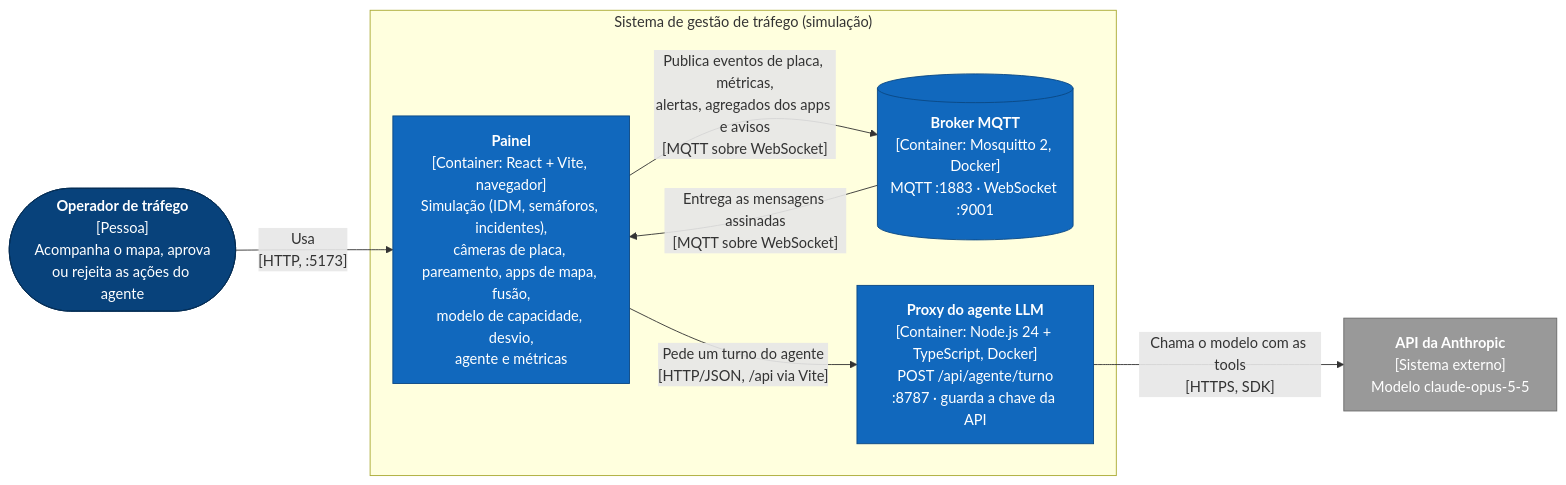
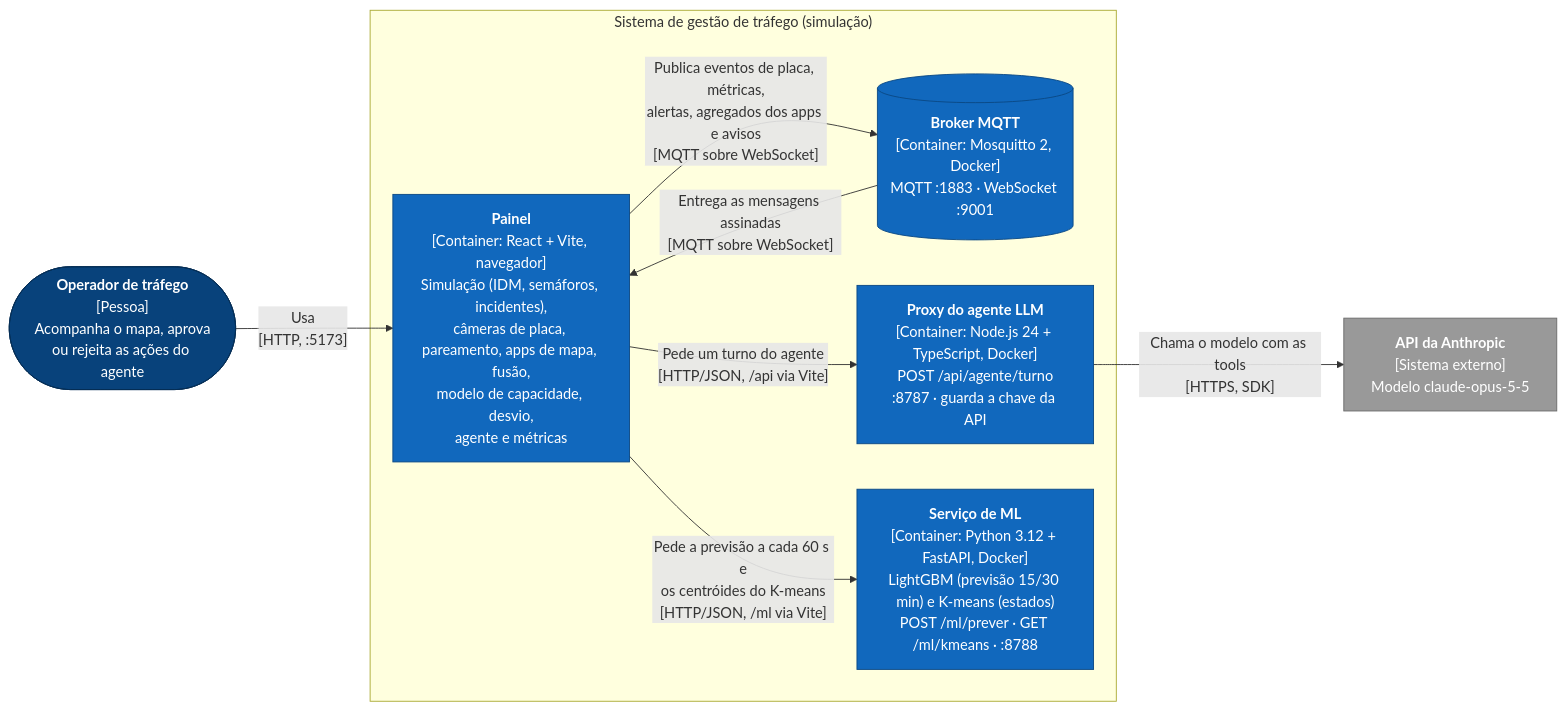
Before and after one commit to EdsonHenrique96/global-solution-2: the third of 3 diagrams in 2TIAO/GLOBAL-SOLUTION-2/GETTING_STARTED.md, drawn with Mermaid. The commit also changed other lines of this file and 18 other files, not shown here.

````diff
--- a/2TIAO/GLOBAL-SOLUTION-2/GETTING_STARTED.md
+++ b/2TIAO/GLOBAL-SOLUTION-2/GETTING_STARTED.md
@@ -99,25 +99,27 @@
 ```mermaid
 flowchart LR
     operador(["<b>Operador de tráfego</b><br/>[Pessoa]<br/>Acompanha o mapa, aprova<br/>ou rejeita as ações do agente"])
 
     subgraph sistema["Sistema de gestão de tráfego (simulação)"]
         painel["<b>Painel</b><br/>[Container: React + Vite, navegador]<br/>Simulação (IDM, semáforos, incidentes),<br/>câmeras de placa, pareamento, apps de mapa, fusão,<br/>modelo de capacidade, desvio,<br/>agente e métricas"]
         broker[("<b>Broker MQTT</b><br/>[Container: Mosquitto 2, Docker]<br/>MQTT :1883 · WebSocket :9001")]
         proxy["<b>Proxy do agente LLM</b><br/>[Container: Node.js 24 + TypeScript, Docker]<br/>POST /api/agente/turno<br/>:8787 · guarda a chave da API"]
+        ml["<b>Serviço de ML</b><br/>[Container: Python 3.12 + FastAPI, Docker]<br/>LightGBM (previsão 15/30 min) e K-means (estados)<br/>POST /ml/prever · GET /ml/kmeans · :8788"]
     end
 
     llm["<b>API da Anthropic</b><br/>[Sistema externo]<br/>Modelo claude-opus-5-5"]
 
     operador -- "Usa<br/>[HTTP, :5173]" --> painel
     painel -- "Publica eventos de placa, métricas,<br/>alertas, agregados dos apps e avisos<br/>[MQTT sobre WebSocket]" --> broker
     broker -- "Entrega as mensagens assinadas<br/>[MQTT sobre WebSocket]" --> painel
     painel -- "Pede um turno do agente<br/>[HTTP/JSON, /api via Vite]" --> proxy
     proxy -- "Chama o modelo com as tools<br/>[HTTPS, SDK]" --> llm
+    painel -- "Pede a previsão a cada 60 s e<br/>os centróides do K-means<br/>[HTTP/JSON, /ml via Vite]" --> ml
 
     classDef person fill:#08427b,stroke:#052e56,color:#fff
     classDef container fill:#1168bd,stroke:#0b4884,color:#fff
     classDef external fill:#999,stroke:#6b6b6b,color:#fff
     class operador person
-    class painel,broker,proxy container
+    class painel,broker,proxy,ml container
     class llm external
 ```
````
